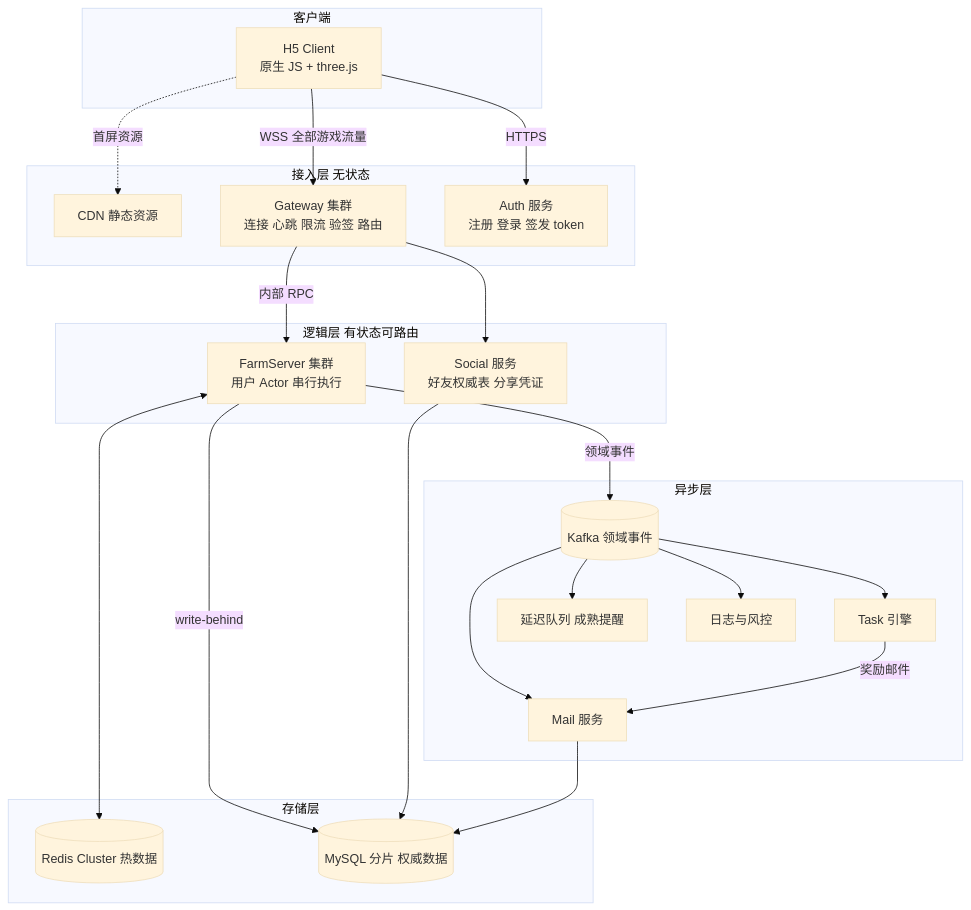
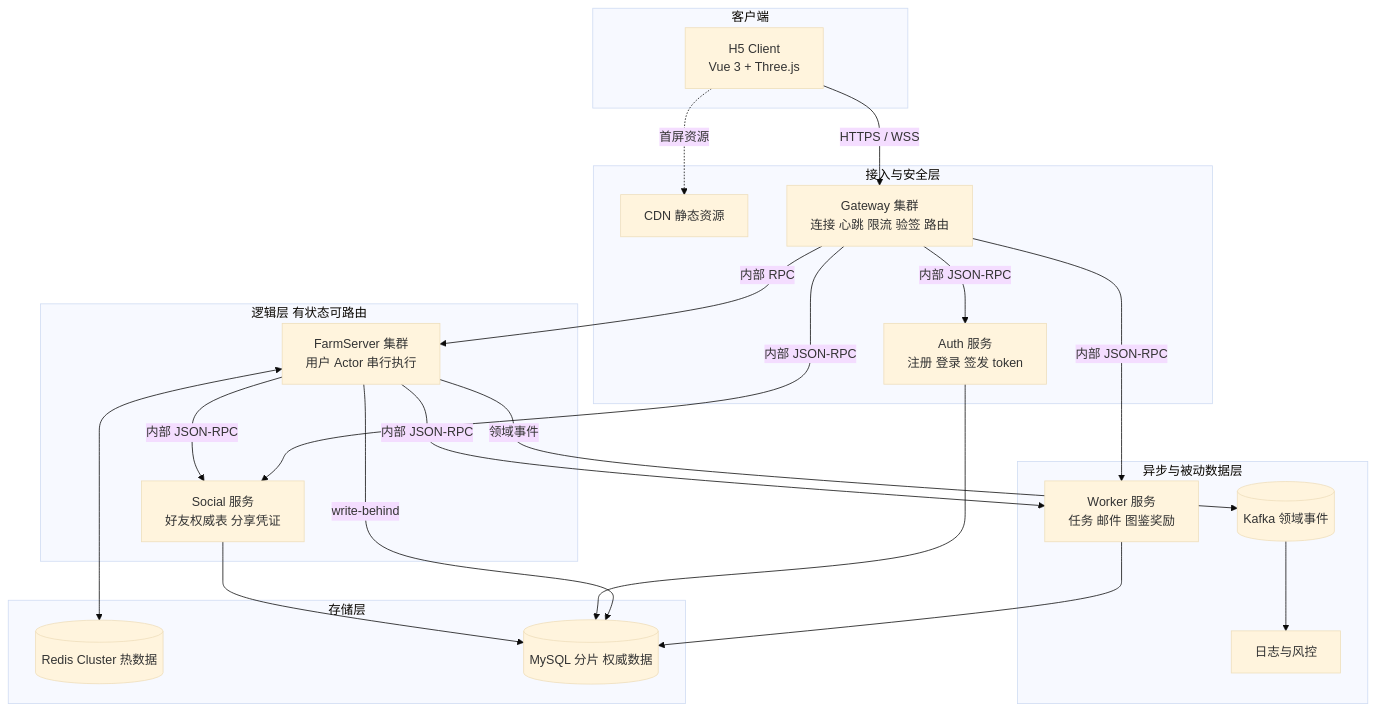
Before and after one commit to benkz666/farm: the first of 8 diagrams in docs/design/architecture.md, drawn with Mermaid (base theme). The commit also changed other lines of this file and 300 other files, not shown here.

````diff
--- a/docs/design/architecture.md
+++ b/docs/design/architecture.md
@@ -296,46 +296,44 @@
 ```mermaid
 graph TB
     subgraph client [客户端]
-        C["H5 Client<br/>原生 JS + three.js"]
+        C["H5 Client<br/>Vue 3 + Three.js"]
     end
 
-    subgraph edge [接入层 无状态]
+    subgraph edge [接入与安全层]
         CDN["CDN 静态资源"]
         GW["Gateway 集群<br/>连接 心跳 限流 验签 路由"]
         AUTH["Auth 服务<br/>注册 登录 签发 token"]
     end
 
     subgraph logic [逻辑层 有状态可路由]
         FS["FarmServer 集群<br/>用户 Actor 串行执行"]
         SOC["Social 服务<br/>好友权威表 分享凭证"]
     end
 
-    subgraph async [异步层]
+    subgraph async [异步与被动数据层]
         MQ[("Kafka 领域事件")]
-        TASK["Task 引擎"]
-        MAILSVC["Mail 服务"]
-        DELAY["延迟队列 成熟提醒"]
+        WORKER["Worker 服务<br/>任务 邮件 图鉴奖励"]
         DW["日志与风控"]
     end
 
     subgraph store [存储层]
         R[("Redis Cluster 热数据")]
         DB[("MySQL 分片 权威数据")]
     end
 
     C -.首屏资源.-> CDN
-    C -->|HTTPS| AUTH
-    C -->|"WSS 全部游戏流量"| GW
+    C -->|"HTTPS / WSS"| GW
+    GW -->|"内部 JSON-RPC"| AUTH
     GW -->|内部 RPC| FS
-    GW --> SOC
+    GW -->|"内部 JSON-RPC"| SOC
+    GW -->|"内部 JSON-RPC"| WORKER
     FS -->|领域事件| MQ
-    MQ --> TASK
-    MQ --> MAILSVC
-    MQ --> DELAY
+    FS -->|"内部 JSON-RPC"| SOC
+    FS -->|"内部 JSON-RPC"| WORKER
     MQ --> DW
-    TASK -->|奖励邮件| MAILSVC
     FS <--> R
     FS -->|"write-behind"| DB
+    AUTH --> DB
     SOC --> DB
-    MAILSVC --> DB
+    WORKER --> DB
 ```
````
